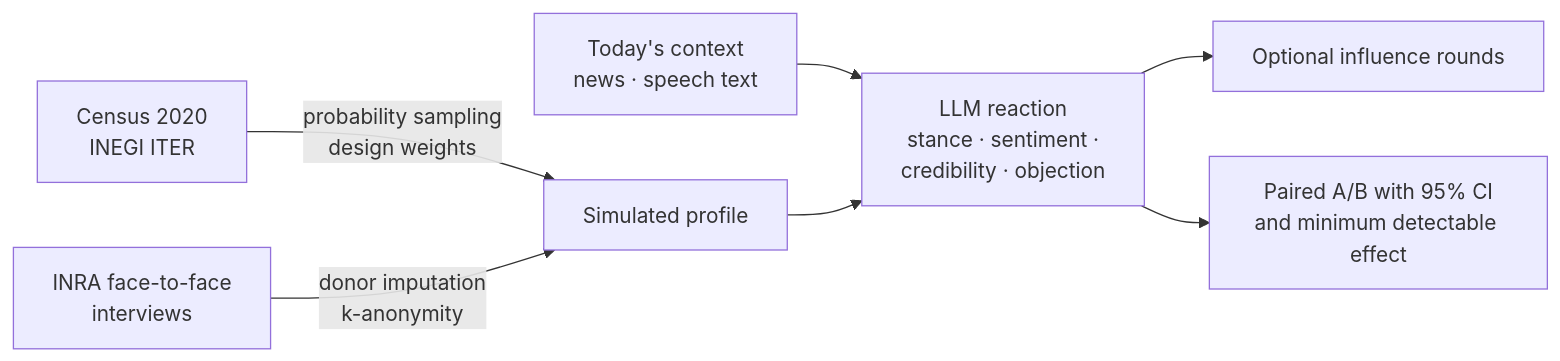
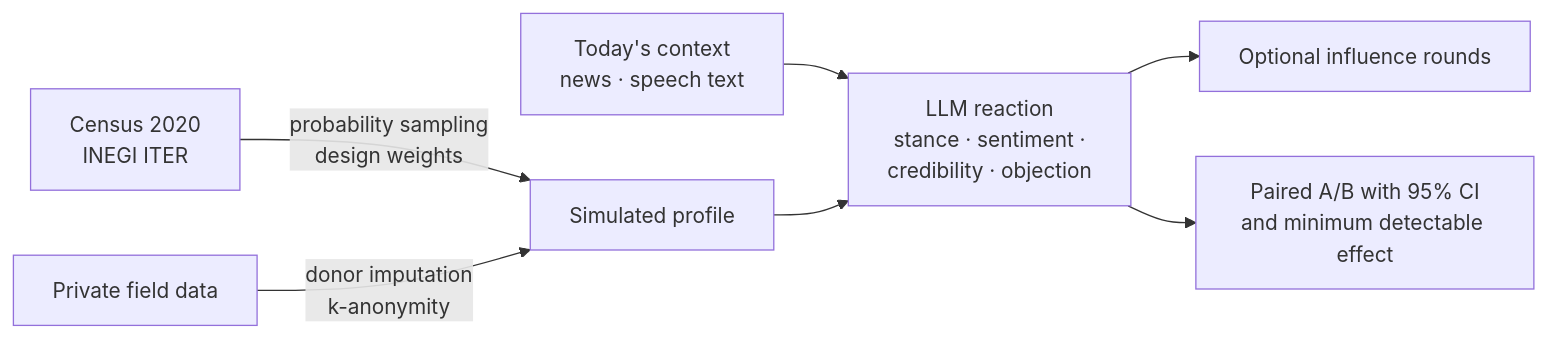
One commit to Neckr0ik/Neckr0ik changed the diagram in hybrid-intelligence/README.md. Above: the diagram before and after it, drawn with Mermaid. The commit also changed other lines of this file and 4 other files, not shown here.

````diff
--- a/hybrid-intelligence/README.md
+++ b/hybrid-intelligence/README.md
@@ -13,9 +13,9 @@
 ```mermaid
 flowchart LR
     A[Census 2020<br/>INEGI ITER] -->|probability sampling<br/>design weights| B[Simulated profile]
-    C[INRA face-to-face<br/>interviews] -->|donor imputation<br/>k-anonymity| B
+    C[Private field data] -->|donor imputation<br/>k-anonymity| B
     D[Today's context<br/>news · speech text] --> E
     B --> E[LLM reaction<br/>stance · sentiment ·<br/>credibility · objection]
     E --> F[Optional influence rounds]
     E --> G[Paired A/B with 95% CI<br/>and minimum detectable effect]
 ```
````
